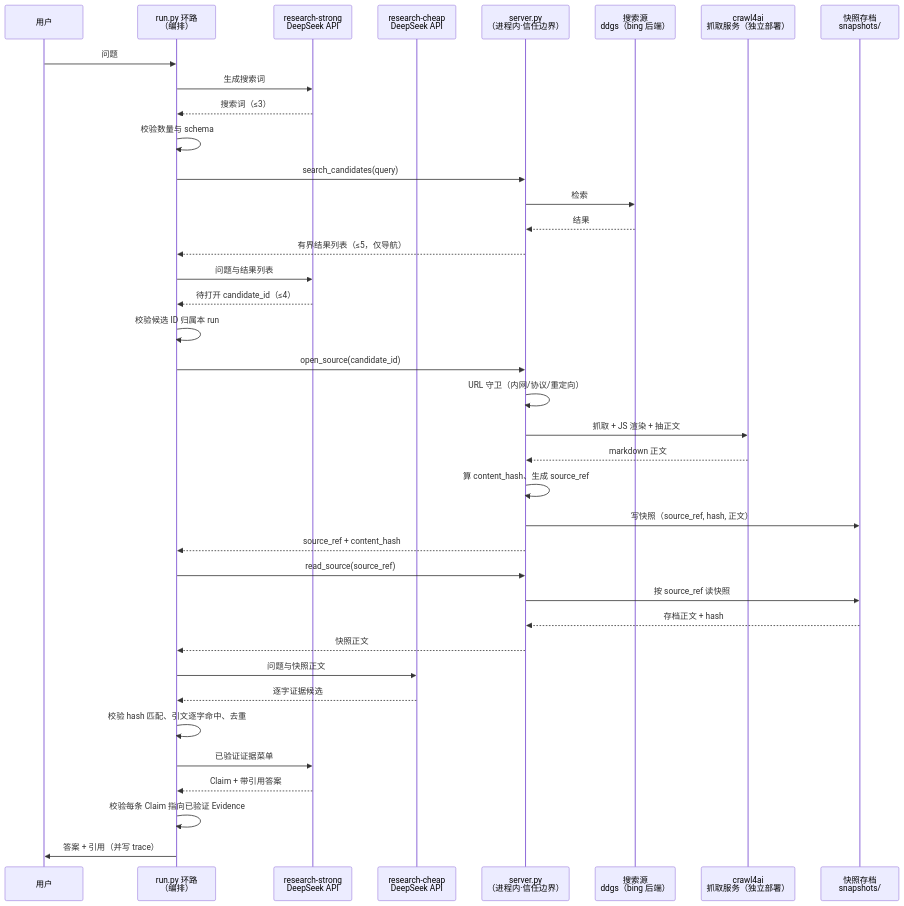
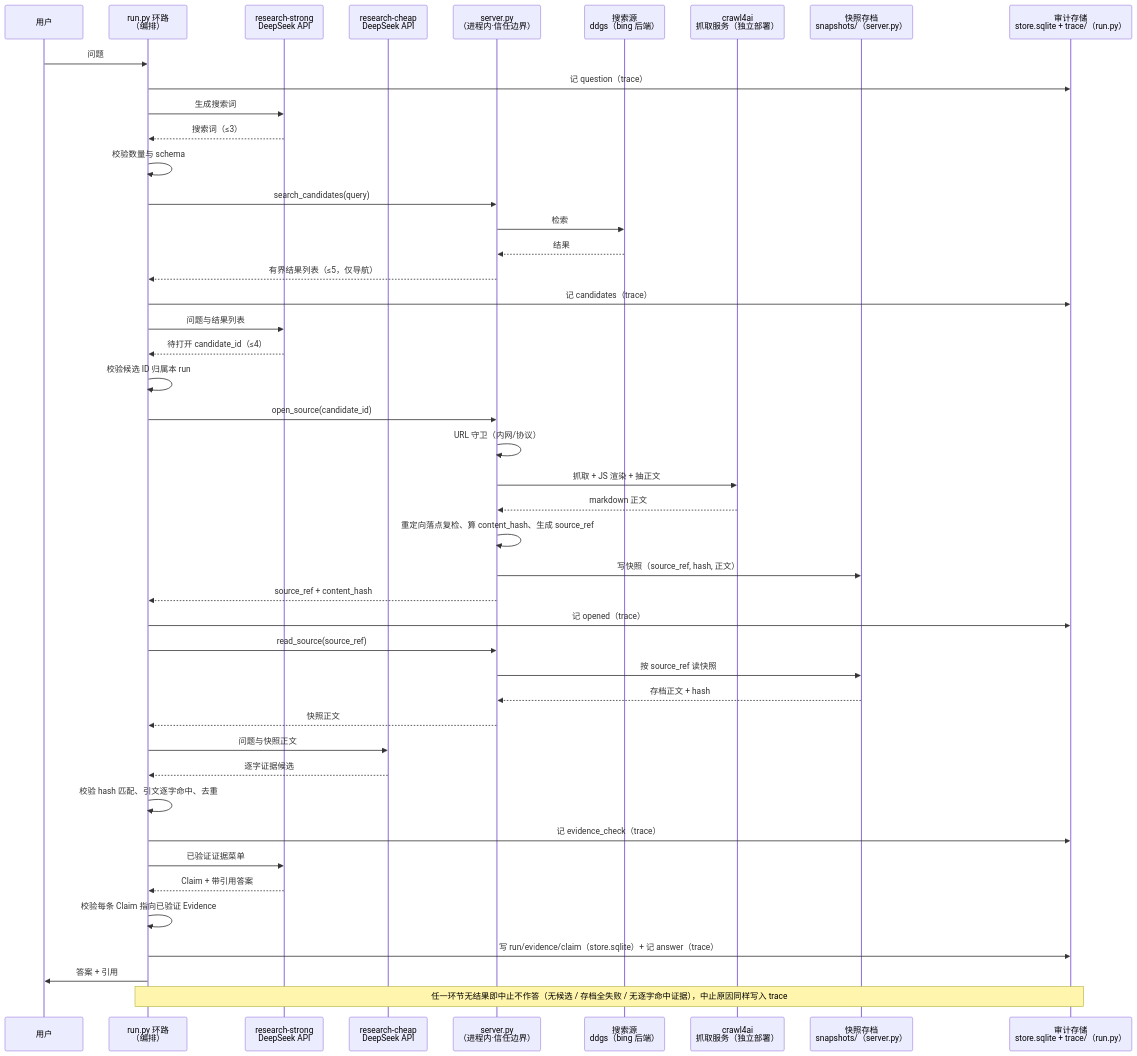
One commit to SuperCatQR/traceable-research-runtime changed the diagram in docs/validation-poc.md. Above: the diagram before and after it, drawn with Mermaid. The commit also changed other lines of this file, not shown here.

Commit message:
时序图补审计存储 store.sqlite+trace/ 独立参与者、拆分双持久层、标注重定向复检与中止条件

````diff
--- a/docs/validation-poc.md
+++ b/docs/validation-poc.md
@@ -106,41 +106,48 @@
 ```mermaid
 sequenceDiagram
     participant U as 用户
     participant R as run.py 环路<br/>（编排）
     participant S as research-strong<br/>DeepSeek API
     participant C as research-cheap<br/>DeepSeek API
     participant SRV as server.py<br/>（进程内·信任边界）
     participant SE as 搜索源<br/>ddgs（bing 后端）
     participant CR as crawl4ai<br/>抓取服务（独立部署）
-    participant DB as 快照存档<br/>snapshots/
+    participant SNAP as 快照存档<br/>snapshots/（server.py）
+    participant AUD as 审计存储<br/>store.sqlite + trace/（run.py）
 
     U->>R: 问题
+    R->>AUD: 记 question（trace）
     R->>S: 生成搜索词
     S-->>R: 搜索词（≤3）
     R->>R: 校验数量与 schema
     R->>SRV: search_candidates(query)
     SRV->>SE: 检索
     SE-->>SRV: 结果
     SRV-->>R: 有界结果列表（≤5，仅导航）
+    R->>AUD: 记 candidates（trace）
     R->>S: 问题与结果列表
     S-->>R: 待打开 candidate_id（≤4）
     R->>R: 校验候选 ID 归属本 run
     R->>SRV: open_source(candidate_id)
-    SRV->>SRV: URL 守卫（内网/协议/重定向）
+    SRV->>SRV: URL 守卫（内网/协议）
     SRV->>CR: 抓取 + JS 渲染 + 抽正文
     CR-->>SRV: markdown 正文
-    SRV->>SRV: 算 content_hash、生成 source_ref
-    SRV->>DB: 写快照（source_ref, hash, 正文）
+    SRV->>SRV: 重定向落点复检、算 content_hash、生成 source_ref
+    SRV->>SNAP: 写快照（source_ref, hash, 正文）
     SRV-->>R: source_ref + content_hash
+    R->>AUD: 记 opened（trace）
     R->>SRV: read_source(source_ref)
-    SRV->>DB: 按 source_ref 读快照
-    DB-->>SRV: 存档正文 + hash
+    SRV->>SNAP: 按 source_ref 读快照
+    SNAP-->>SRV: 存档正文 + hash
     SRV-->>R: 快照正文
     R->>C: 问题与快照正文
     C-->>R: 逐字证据候选
     R->>R: 校验 hash 匹配、引文逐字命中、去重
+    R->>AUD: 记 evidence_check（trace）
     R->>S: 已验证证据菜单
     S-->>R: Claim + 带引用答案
     R->>R: 校验每条 Claim 指向已验证 Evidence
-    R->>U: 答案 + 引用（并写 trace）
+    R->>AUD: 写 run/evidence/claim（store.sqlite）+ 记 answer（trace）
+    R->>U: 答案 + 引用
+    Note over R,AUD: 任一环节无结果即中止不作答（无候选 / 存档全失败 / 无逐字命中证据），中止原因同样写入 trace
 ```
````
